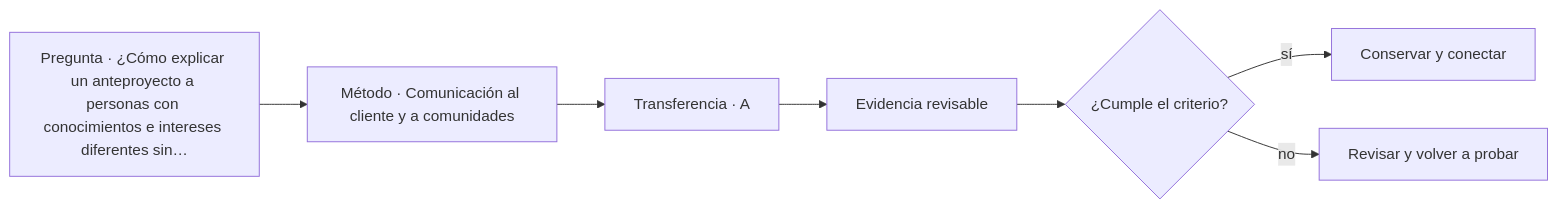
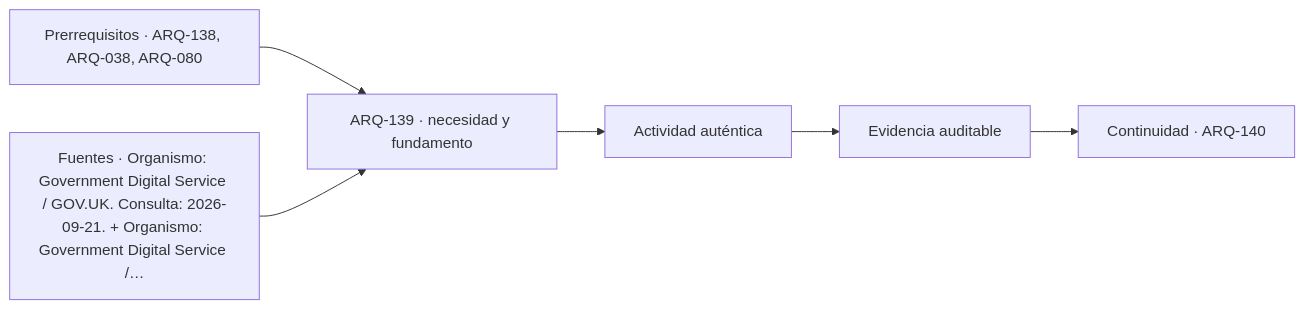
The diagram in classes/parte-14/ARQ-139.md (vladimiracunadev-create/architecture-built-environment-learning-program), drawn with Mermaid before and after one commit. The commit also changed other lines of this file and 761 other files, not shown here.

````diff
--- a/classes/parte-14/ARQ-139.md
+++ b/classes/parte-14/ARQ-139.md
@@ -114,9 +126,8 @@
 ```mermaid
 flowchart LR
-    Q["Pregunta · ¿Cómo explicar un anteproyecto a personas con conocimientos e intereses diferentes sin…"] --> M["Método · Comunicación al cliente y a comunidades"]
-    M --> P["Transferencia · A"]
-    P --> E["Evidencia revisable"]
-    E --> C{"¿Cumple el criterio?"}
-    C -->|sí| T["Conservar y conectar"]
-    C -->|no| R["Revisar y volver a probar"]
+    A["Prerrequisitos · ARQ-138, ARQ-038, ARQ-080"] --> B["ARQ-139 · necesidad y fundamento"]
+    S["Fuentes · Organismo: Government Digital Service / GOV.UK. Consulta: 2026-09-21. + Organismo: Government Digital Service /…"] --> B
+    B --> C["Actividad auténtica"]
+    C --> D["Evidencia auditable"]
+    D --> E["Continuidad · ARQ-140"]
 ```
````
